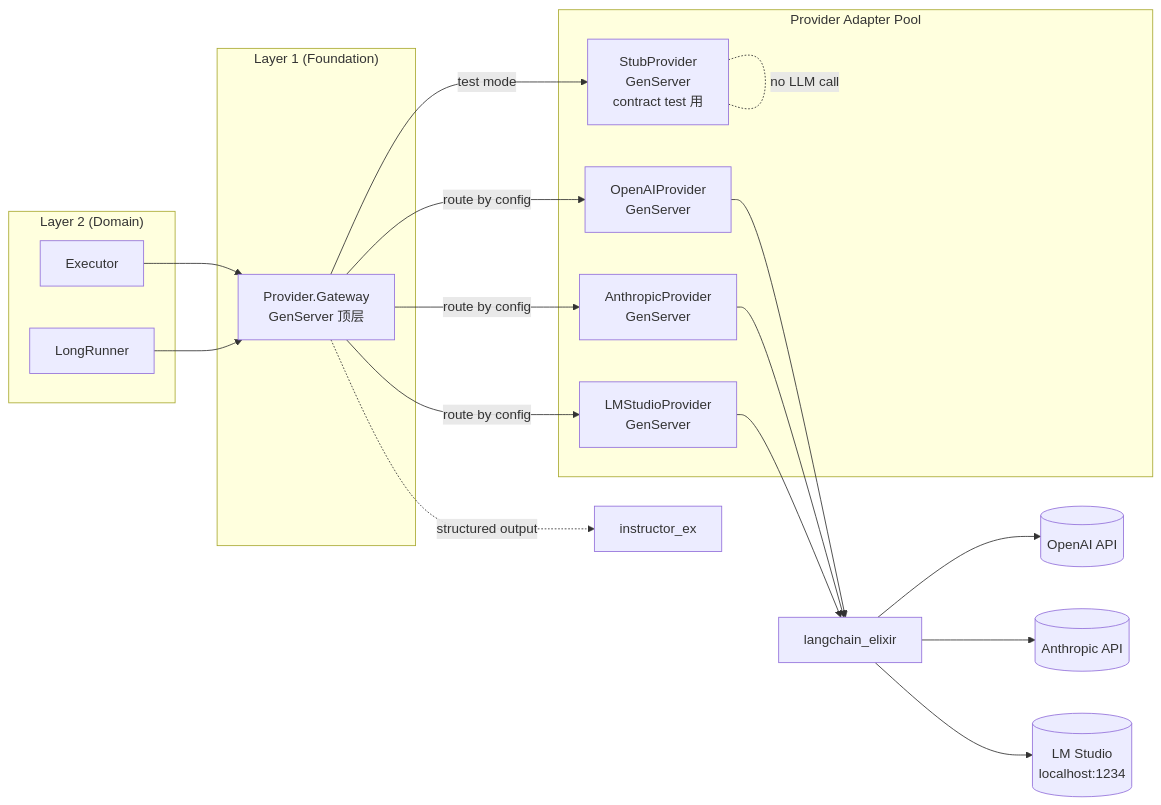
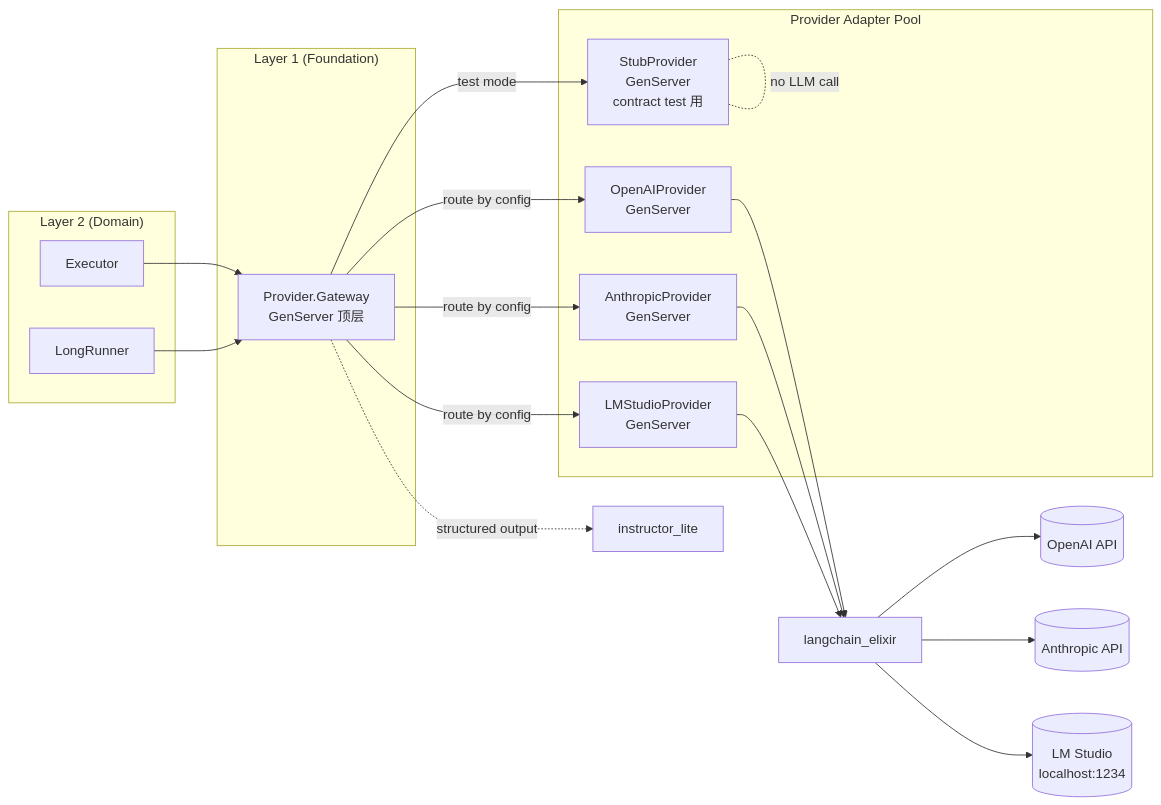
Before and after one commit to tongsh6/ai-novel-studio: the diagram in docs/design-v2/tech-stack/07-provider.md, drawn with Mermaid. The commit also changed other lines of this file and 34 other files, not shown here.

Commit message:
新增结构化输出功能，包括多个路径的实现和相应的 JSON Schema 验证。添加了 Ecto 模型和测试文件，更新了 Mix 项目配置。

````diff
--- a/docs/design-v2/tech-stack/07-provider.md
+++ b/docs/design-v2/tech-stack/07-provider.md
@@ -27,45 +27,45 @@
 ```mermaid
 flowchart LR
     subgraph Domain["Layer 2 (Domain)"]
         Executor[Executor]
         LongRunner[LongRunner]
     end
     
     subgraph Foundation["Layer 1 (Foundation)"]
         Gateway[Provider.Gateway<br/>GenServer 顶层]
     end
     
     subgraph Providers["Provider Adapter Pool"]
         OAI[OpenAIProvider<br/>GenServer]
         Anthropic[AnthropicProvider<br/>GenServer]
         LMStudio[LMStudioProvider<br/>GenServer]
         Stub[StubProvider<br/>GenServer<br/>contract test 用]
     end
     
     LangChain[langchain_elixir]
-    Instructor[instructor_ex]
+    Instructor[instructor_lite]
     
     LLM_OAI[(OpenAI API)]
     LLM_Anthropic[(Anthropic API)]
     LLM_Local[(LM Studio<br/>localhost:1234)]
     
     Executor --> Gateway
     LongRunner --> Gateway
     
     Gateway -->|route by config| OAI
     Gateway -->|route by config| Anthropic
     Gateway -->|route by config| LMStudio
     Gateway -->|test mode| Stub
     
     OAI --> LangChain
     Anthropic --> LangChain
     LMStudio --> LangChain
     
     Gateway -.structured output.-> Instructor
     
     LangChain --> LLM_OAI
     LangChain --> LLM_Anthropic
     LangChain --> LLM_Local
     
     Stub -. no LLM call .- Stub
 ```
````
